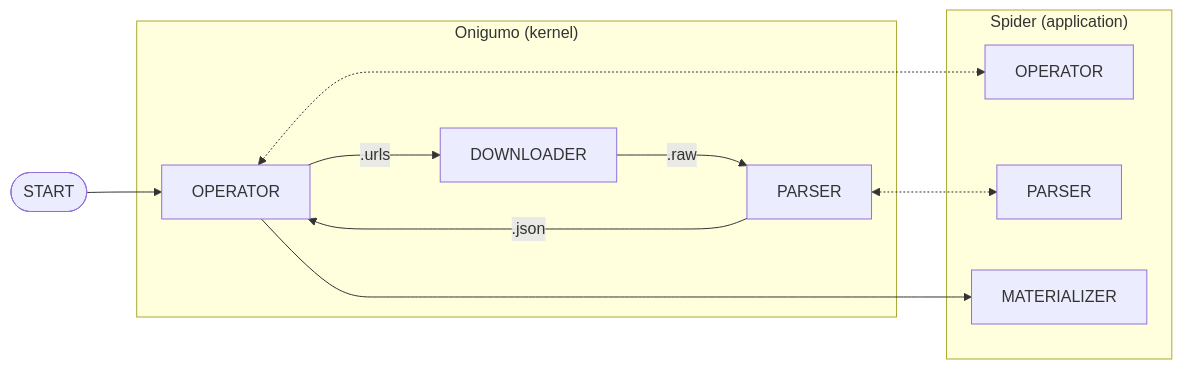
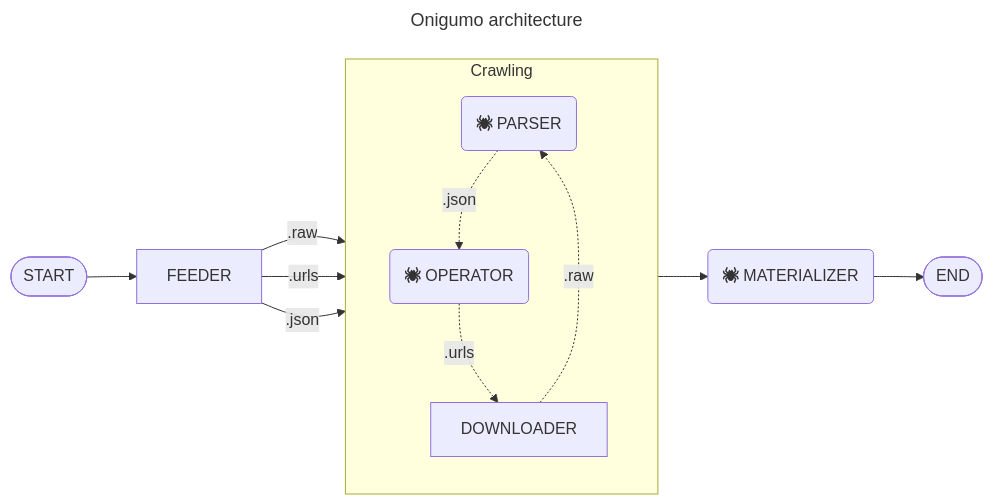
One commit to Glutexo/onigumo changed the diagram in README.md. Above: the diagram before and after it, drawn with Mermaid.

Commit message:
Update mermaid graph of onigumo processing with a new approach

````diff
--- a/README.md
+++ b/README.md
@@ -17,24 +17,22 @@
 ```mermaid
+---
+title: Onigumo architecture
+---
 flowchart LR
-    start([START])               -->         onigumo_operator[OPERATOR]
-    onigumo_operator   -- <hash>.urls ---> onigumo_downloader[DOWNLOADER]
-    onigumo_downloader -- <hash>.raw  ---> onigumo_parser[PARSER]
-    onigumo_parser     -- <hash>.json ---> onigumo_operator
-	
-	onigumo_operator          <-.->        spider_operator[OPERATOR]
-	onigumo_parser            <-.->        spider_parser[PARSER]
+    subgraph Crawling
+        spider_parser(fa:fa-spider PARSER)
+        spider_operator(fa:fa-spider OPERATOR)
+        onigumo_downloader[DOWNLOADER]
+    end
 
-    onigumo_operator           -->         spider_materialization[MATERIALIZER]
-	
-	subgraph "Onigumo (kernel)"
-	    onigumo_operator
-		onigumo_downloader
-		onigumo_parser
-	end
+    start([START])  --> onigumo_feeder[FEEDER]
+    onigumo_feeder  -- .raw --> Crawling
+    onigumo_feeder  -- .urls --> Crawling
+    onigumo_feeder  -- .json --> Crawling
+    Crawling  --> spider_materializer(fa:fa-spider MATERIALIZER)
+    spider_materializer --> done([END])
 
-    subgraph "Spider (application)"
-       spider_operator
-       spider_parser
-       spider_materialization
-    end
+    spider_operator     -. "<hash>.urls" .-> onigumo_downloader
+    onigumo_downloader -. "<hash>.raw"  .->  spider_parser
+    spider_parser     -. "<hash>.json" .->  spider_operator
 ```
````
